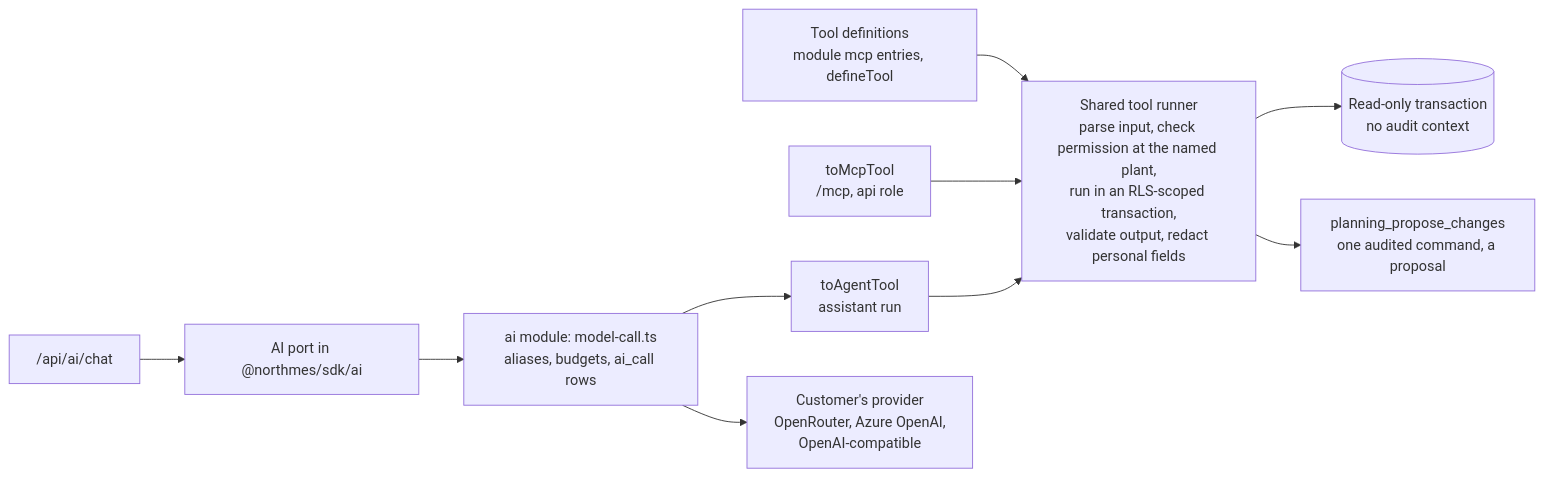
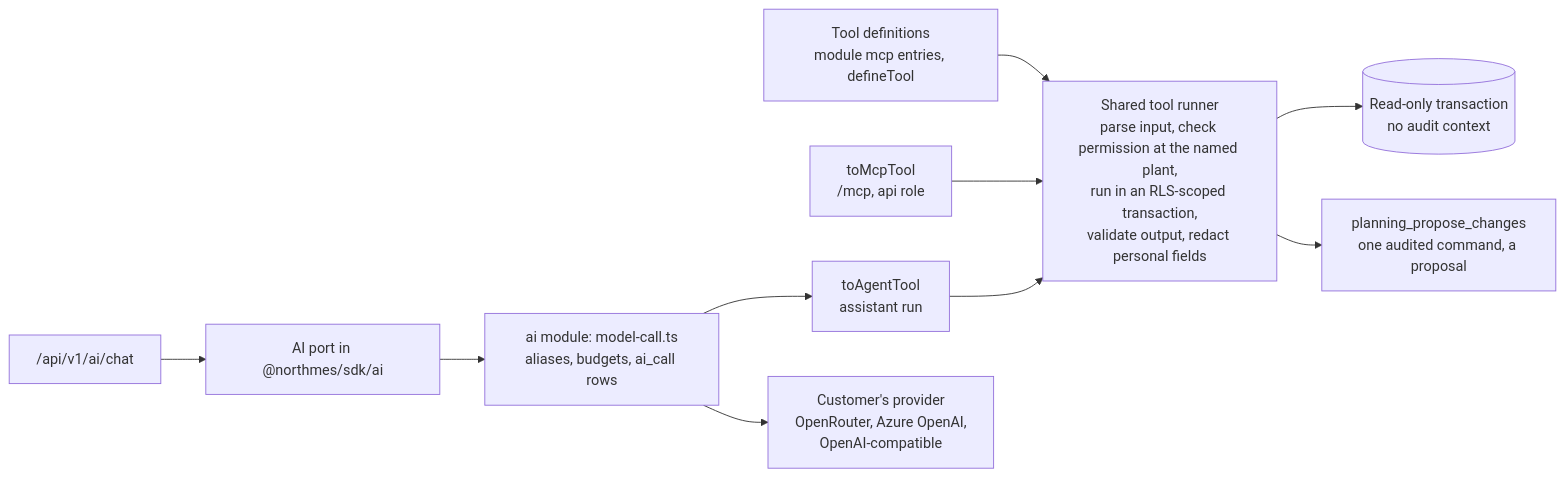
Before and after one commit to northMES/northmes: the sixth of 7 diagrams in docs/plan/02-architecture.md, drawn with Mermaid. The commit also changed other lines of this file and 21 other files, not shown here.

````diff
--- a/docs/plan/02-architecture.md
+++ b/docs/plan/02-architecture.md
@@ -333,23 +333,23 @@
 ```mermaid
 flowchart LR
   defs["Tool definitions<br/>module mcp entries, defineTool"]
   mcpA["toMcpTool<br/>/mcp, api role"]
   agentA["toAgentTool<br/>assistant run"]
   run["Shared tool runner<br/>parse input, check permission at the named plant,<br/>run in an RLS-scoped transaction,<br/>validate output, redact personal fields"]
   read[("Read-only transaction<br/>no audit context")]
   prop["planning_propose_changes<br/>one audited command, a proposal"]
-  chat["/api/ai/chat"]
+  chat["/api/v1/ai/chat"]
   port["AI port in @northmes/sdk/ai"]
   aimod["ai module: model-call.ts<br/>aliases, budgets, ai_call rows"]
   prov["Customer's provider<br/>OpenRouter, Azure OpenAI,<br/>OpenAI-compatible"]
 
   defs --> run
   mcpA --> run
   agentA --> run
   run --> read
   run --> prop
   chat --> port
   port --> aimod
   aimod --> agentA
   aimod --> prov
 ```
````
